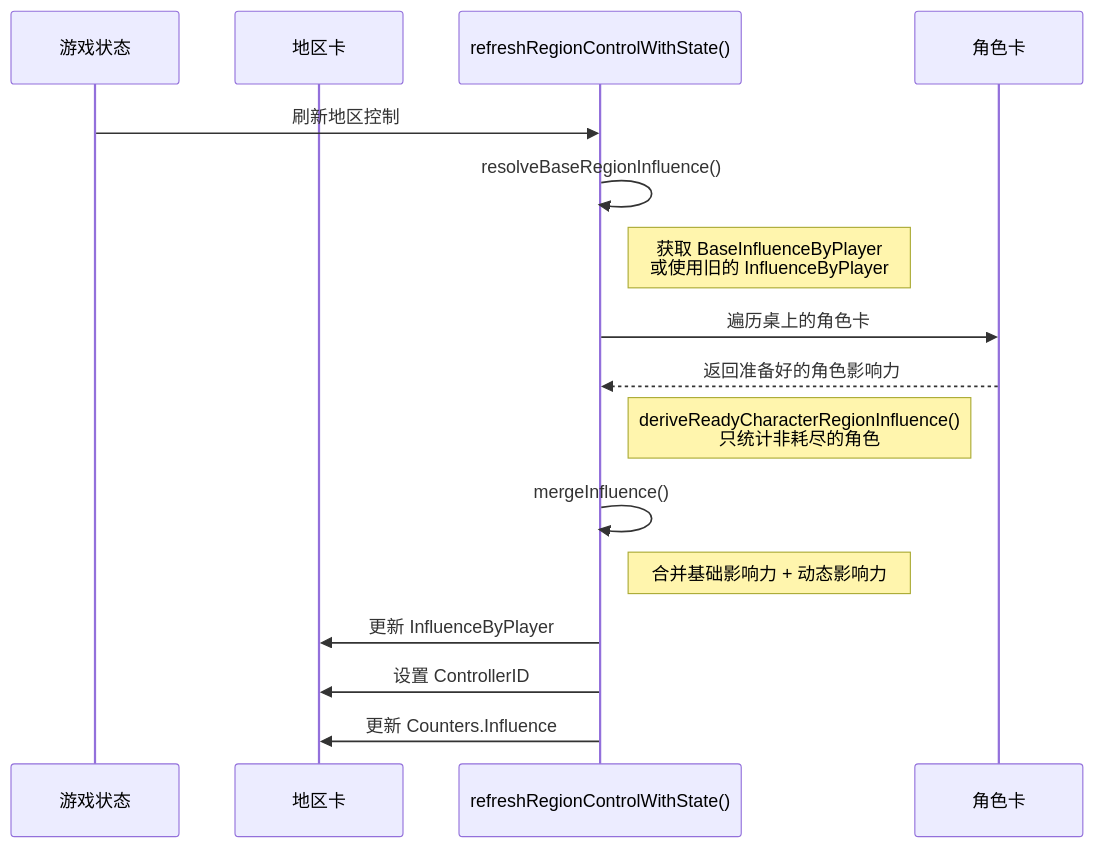
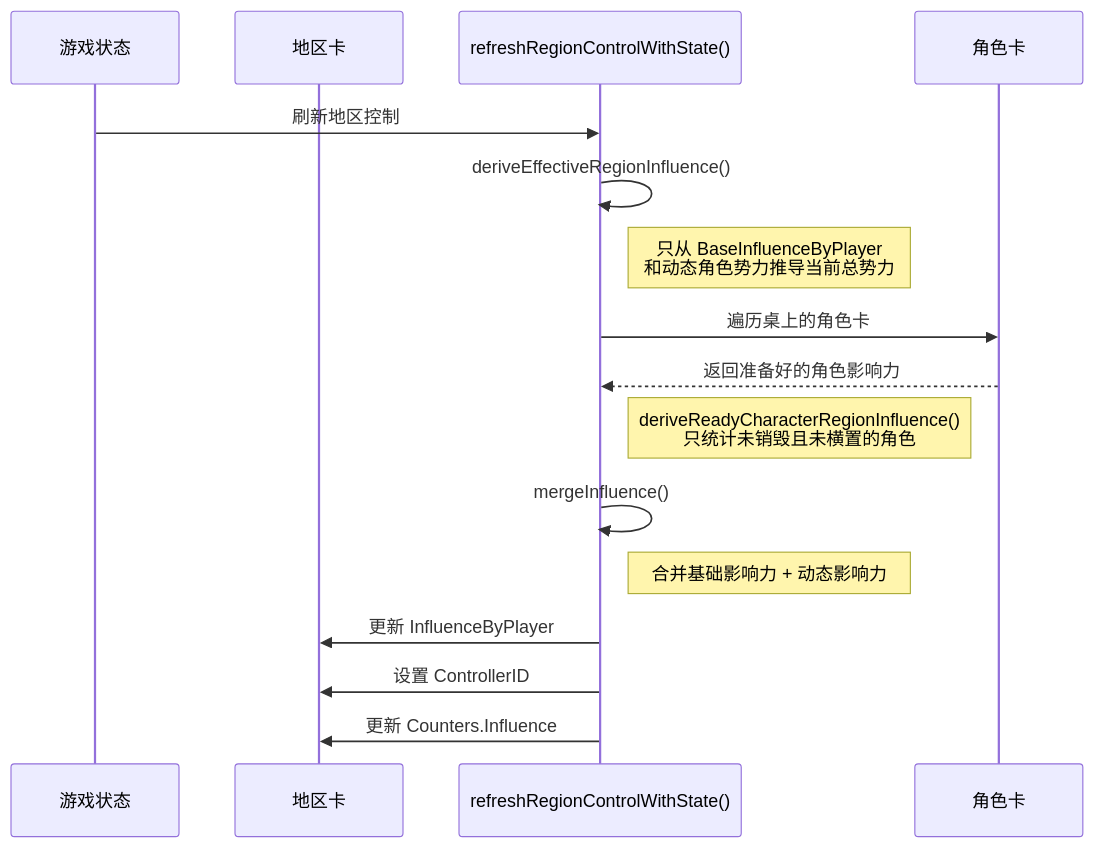
Before and after one commit to FireExtin/UndergroundBattle: the second of 2 diagrams in docs/trae_review/地区控制与影响力系统重构.md, drawn with Mermaid. The commit also changed other lines of this file and 20 other files, not shown here.

````diff
--- a/docs/trae_review/地区控制与影响力系统重构.md
+++ b/docs/trae_review/地区控制与影响力系统重构.md
@@ -67,22 +67,22 @@
 ```mermaid
 sequenceDiagram
     participant Game as 游戏状态
     participant Region as 地区卡
     participant Func as refreshRegionControlWithState()
     participant Char as 角色卡
     
     Game->>Func: 刷新地区控制
-    Func->>Func: resolveBaseRegionInfluence()
-    Note right of Func: 获取 BaseInfluenceByPlayer<br/>或使用旧的 InfluenceByPlayer
+    Func->>Func: deriveEffectiveRegionInfluence()
+    Note right of Func: 只从 BaseInfluenceByPlayer<br/>和动态角色势力推导当前总势力
     
     Func->>Char: 遍历桌上的角色卡
     Char-->>Func: 返回准备好的角色影响力
-    Note right of Func: deriveReadyCharacterRegionInfluence()<br/>只统计非耗尽的角色
+    Note right of Func: deriveReadyCharacterRegionInfluence()<br/>只统计未销毁且未横置的角色
     
     Func->>Func: mergeInfluence()
     Note right of Func: 合并基础影响力 + 动态影响力
     
     Func->>Region: 更新 InfluenceByPlayer
     Func->>Region: 设置 ControllerID
     Func->>Region: 更新 Counters.Influence
 ```
````
